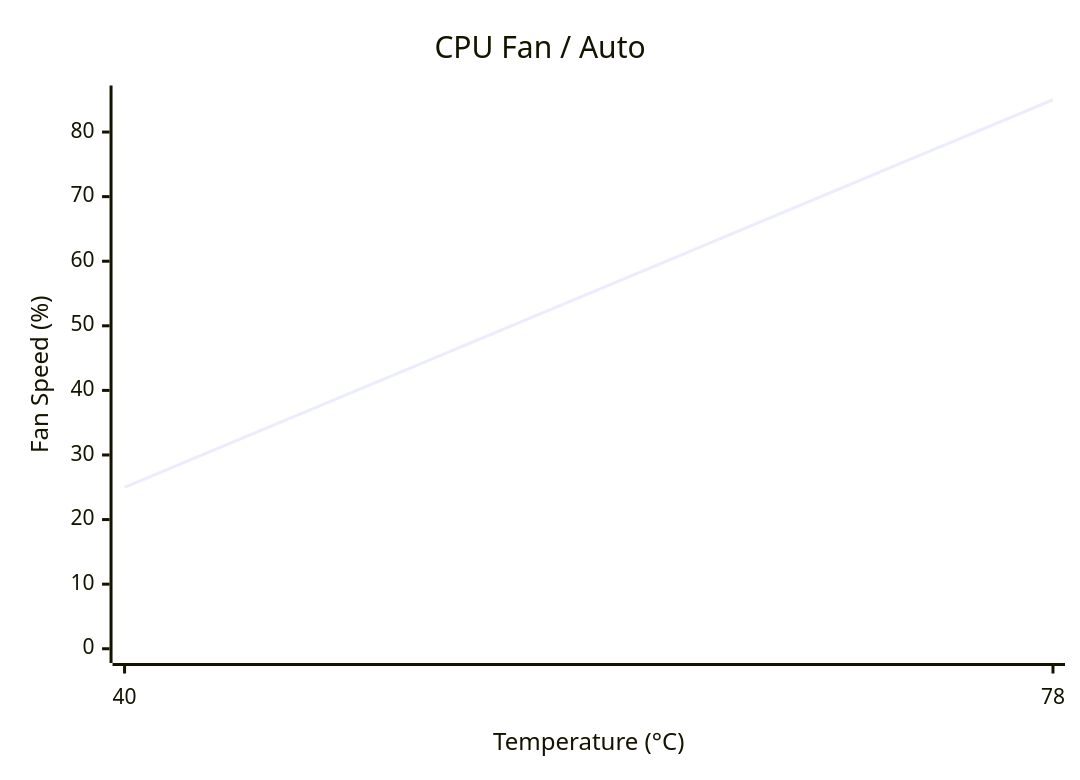
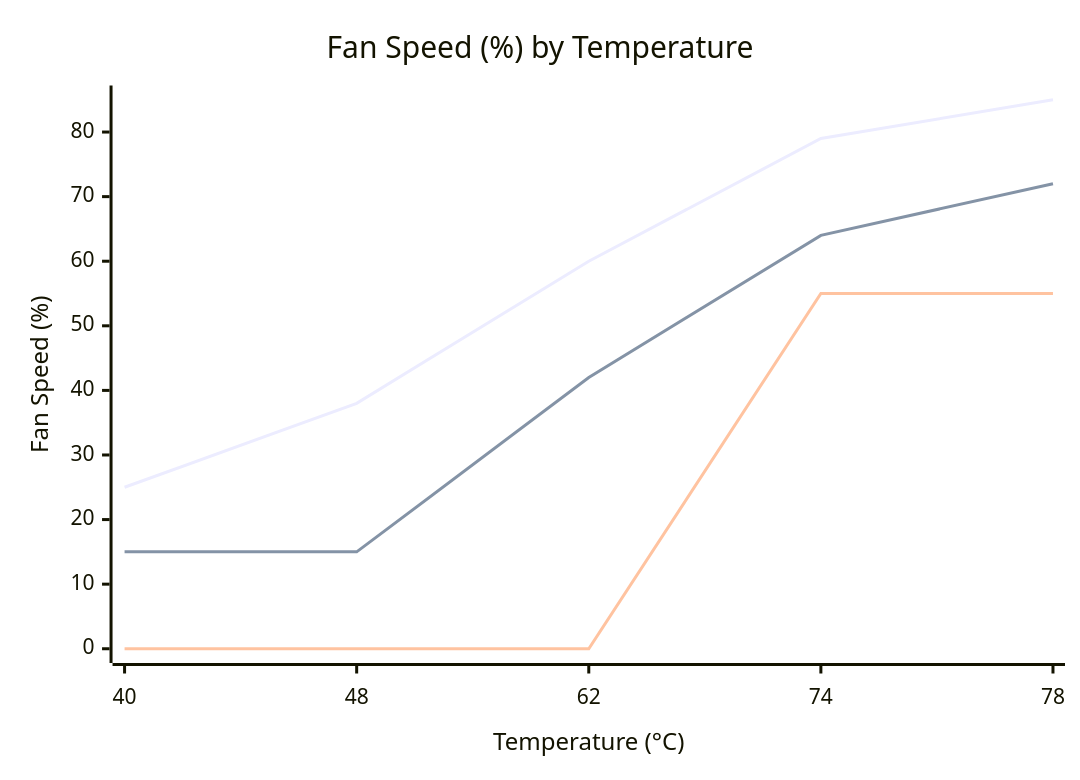
The first of 2 diagrams in README.en.md (Yangless/fancontrol), drawn with Mermaid before and after one commit. The commit also changed other lines of this file and 1 other file, not shown here.

Commit message:
docs: combine temperature fan curves into one chart

````diff
--- a/README.en.md
+++ b/README.en.md
@@ -119,7 +119,9 @@
 ```mermaid
 xychart-beta
-    title "CPU Fan / Auto"
-    x-axis "Temperature (°C)" [40, 78]
+    title "Fan Speed (%) by Temperature"
+    x-axis "Temperature (°C)" [40, 48, 62, 74, 78]
     y-axis "Fan Speed (%)" 0 --> 85
-    line "Auto" [25, 85]
+    line "CPU Fan / Auto" [25, 38, 60, 79, 85]
+    line "System Fan #2 / Auto 1" [15, 15, 42, 64, 72]
+    line "System Fan #3/#4 / Auto 2" [0, 0, 0, 55, 55]
 ```
````
